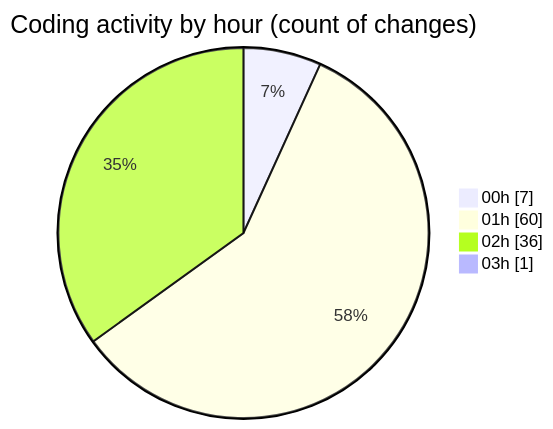
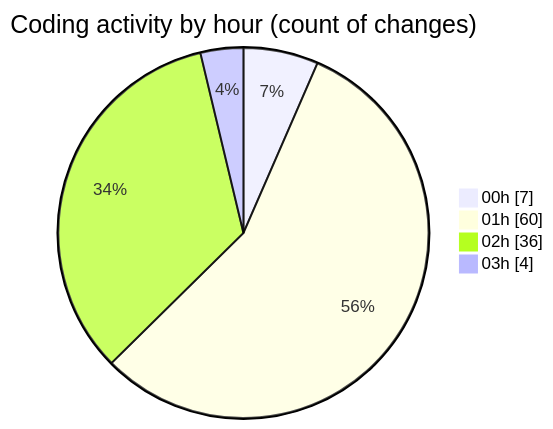
Before and after one commit to julien-gomy/code-tracking: the second of 2 diagrams in 2025-10-07/eventscop-frontend-guide__workspace_/README.md, drawn with Mermaid. The commit also changed other lines of this file and 1 other file, not shown here.

````diff
--- a/2025-10-07/eventscop-frontend-guide__workspace_/README.md
+++ b/2025-10-07/eventscop-frontend-guide__workspace_/README.md
@@ -80,8 +80,8 @@
 ```mermaid
 pie showData
 title Coding activity by hour (count of changes)
 "00h" : 7
 "01h" : 60
 "02h" : 36
-"03h" : 1
+"03h" : 4
 ```
````
